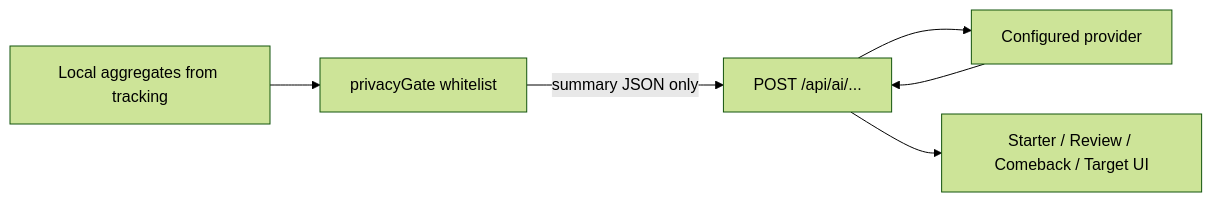
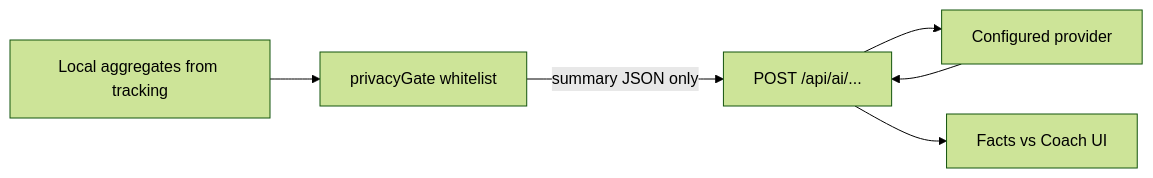
Before and after one commit to weidong808/ai-in-action-roadmap: the second of 2 diagrams in apps/habitcheck-architecture.md, drawn with Mermaid (forest theme). The commit also changed other lines of this file and 8 other files, not shown here.

````diff
--- a/apps/habitcheck-architecture.md
+++ b/apps/habitcheck-architecture.md
@@ -96,14 +96,14 @@
 ```mermaid
 flowchart LR
   Stats[Local aggregates from tracking]
   Gate[privacyGate whitelist]
   API["POST /api/ai/..."]
   Model[Configured provider]
-  UI[Starter / Review / Comeback / Target UI]
+  UI[Facts vs Coach UI]
 
   Stats --> Gate
   Gate -->|"summary JSON only"| API
   API --> Model
   Model --> API
   API --> UI
 ```
````
